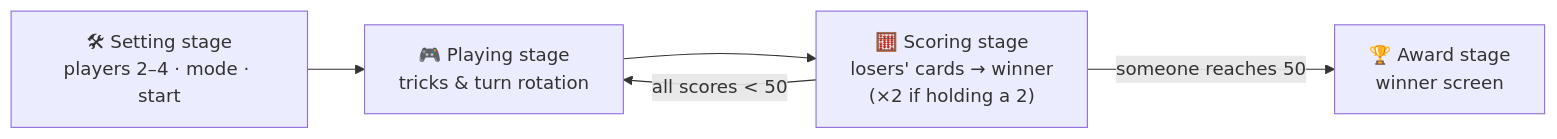
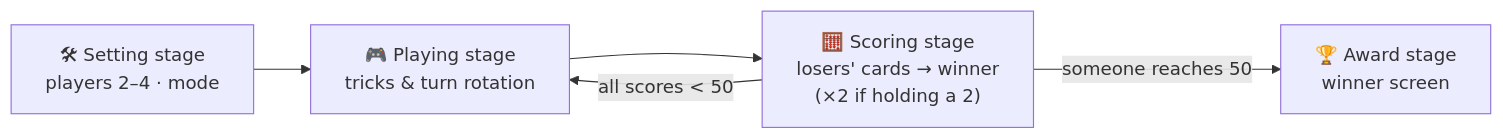
One commit to 12yuuuu/big-two-cpp changed the diagram in README.md. Above: the diagram before and after it, drawn with Mermaid. The commit also changed other lines of this file and 2 other files, not shown here.

Commit message:
docs: restyle README with banner, gameplay tables and architecture diagram

````diff
--- a/README.md
+++ b/README.md
@@ -38,7 +53,7 @@
 ```mermaid
 flowchart LR
-    S["🛠 Setting stage<br/>players 2–4 · mode · start"] --> P["🎮 Playing stage<br/>tricks & turn rotation"]
+    S["🛠 Setting stage<br/>players 2–4 · mode"] --> P["🎮 Playing stage<br/>tricks & turn rotation"]
     P --> C["🧮 Scoring stage<br/>losers' cards → winner<br/>(×2 if holding a 2)"]
     C -->|"all scores < 50"| P
     C -->|"someone reaches 50"| A["🏆 Award stage<br/>winner screen"]
 ```
````
